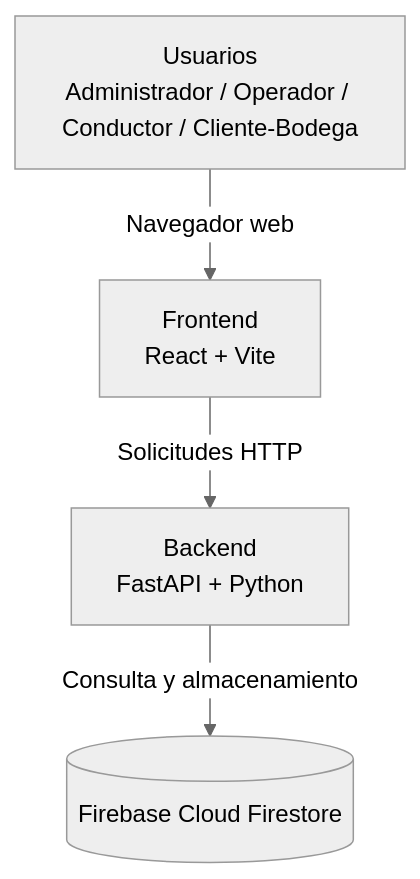
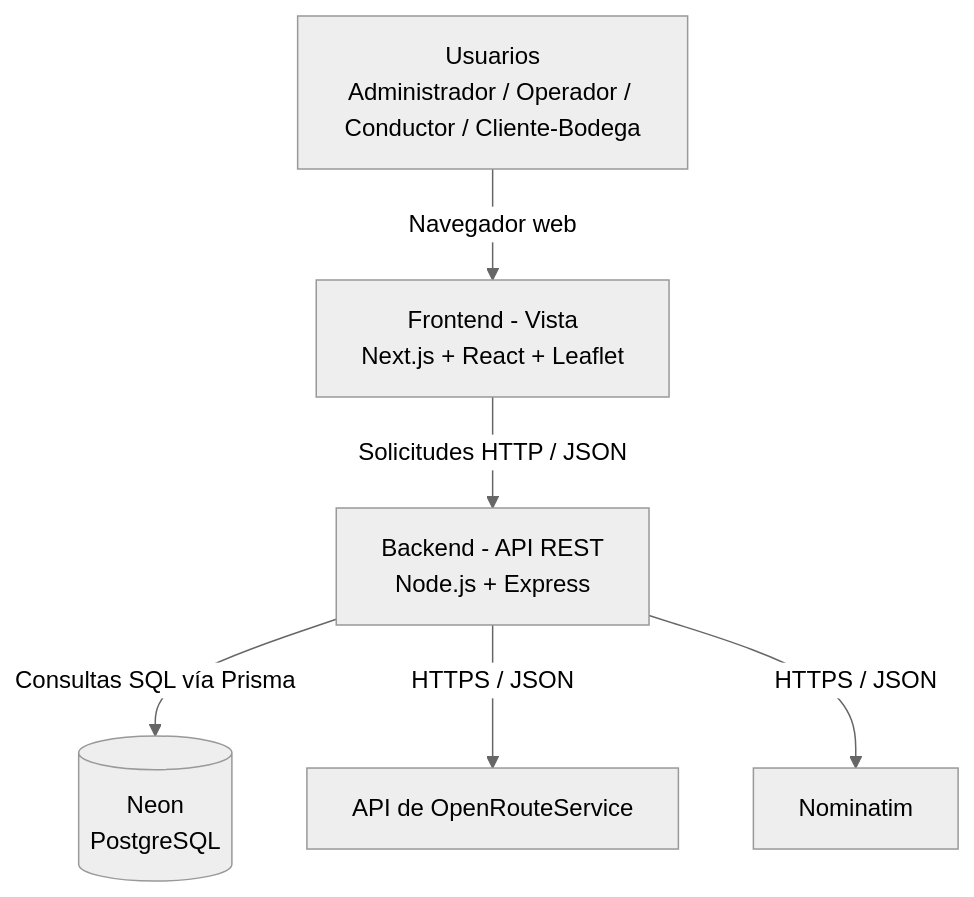
Before and after one commit to DayanaJC/EcoRuta-Wanka: the second of 4 diagrams in docs/01 Inicio/12. Modelo C4 V_1_0_0.md, drawn with Mermaid (neutral theme). The commit also changed other lines of this file and 14 other files, not shown here.

First line of the commit message:
docs: CC-01 cambio de stack a Node.js + Next.js + Neon y arquitectura cliente-servidor (MVC)

````diff
--- a/docs/01 Inicio/12. Modelo C4 V_1_0_0.md
+++ b/docs/01 Inicio/12. Modelo C4 V_1_0_0.md
@@ -69,15 +76,20 @@
 ```mermaid
 flowchart TB
 
     U[Usuarios<br/>Administrador / Operador / Conductor / Cliente-Bodega]
-    
-    FE[Frontend<br/>React + Vite]
-    
-    BE[Backend<br/>FastAPI + Python]
-    
-    DB[(Firebase Cloud Firestore)]
+
+    FE[Frontend - Vista<br/>Next.js + React + Leaflet]
+
+    BE[Backend - API REST<br/>Node.js + Express]
+
+    DB[(Neon<br/>PostgreSQL)]
+
+    ORS[API de OpenRouteService]
+    NOM[Nominatim]
 
     U -->|Navegador web| FE
-    FE -->|Solicitudes HTTP| BE
-    BE -->|Consulta y almacenamiento| DB
+    FE -->|Solicitudes HTTP / JSON| BE
+    BE -->|Consultas SQL vía Prisma| DB
+    BE -->|HTTPS / JSON| ORS
+    BE -->|HTTPS / JSON| NOM
 ```
````
